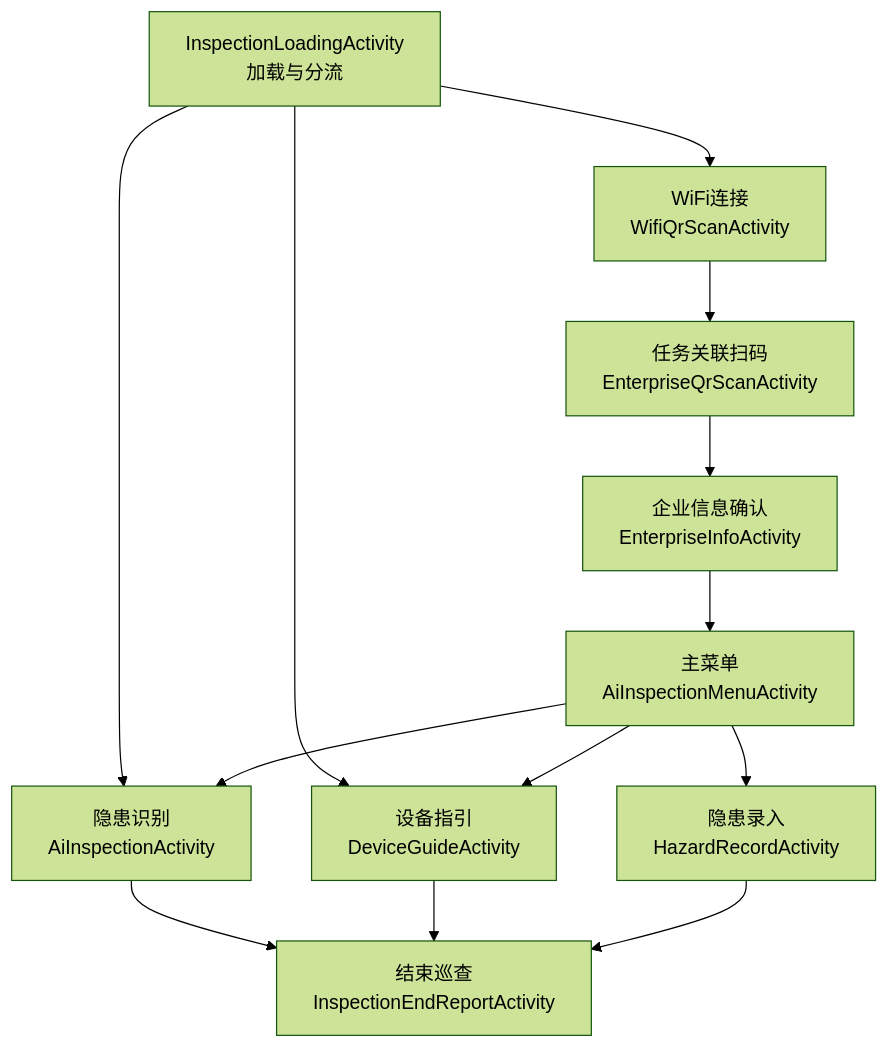
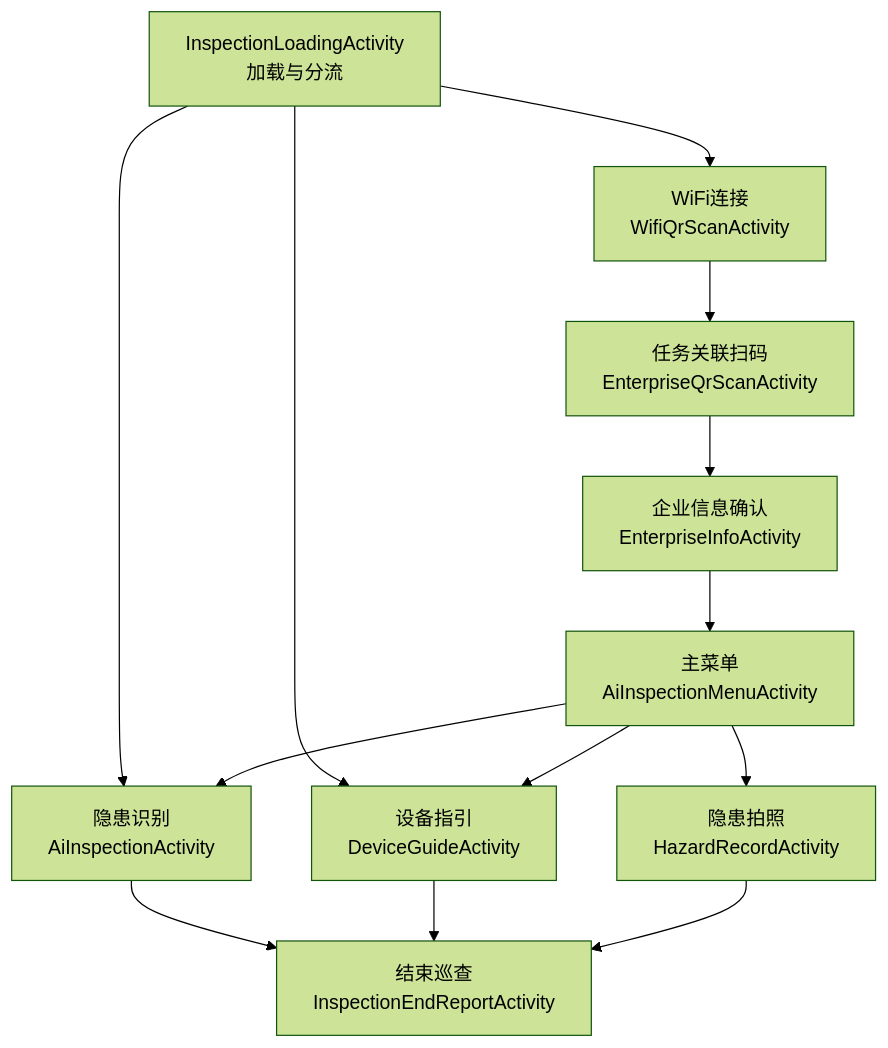
The diagram in docs/总体旅程图/总体旅程图.md (WuChaoli/HiddenRiskGlass), drawn with Mermaid (forest theme) before and after one commit. The commit also changed other lines of this file and 34 other files, not shown here.

````diff
--- a/docs/总体旅程图/总体旅程图.md
+++ b/docs/总体旅程图/总体旅程图.md
@@ -9,15 +9,15 @@
 ```mermaid
 flowchart TD
     A["InspectionLoadingActivity<br/>加载与分流"] --> B["WiFi连接<br/>WifiQrScanActivity"]
     A --> C["设备指引<br/>DeviceGuideActivity"]
     A --> D["隐患识别<br/>AiInspectionActivity"]
     B --> E["任务关联扫码<br/>EnterpriseQrScanActivity"]
     E --> F["企业信息确认<br/>EnterpriseInfoActivity"]
     F --> G["主菜单<br/>AiInspectionMenuActivity"]
     G --> D
     G --> C
-    G --> H["隐患录入<br/>HazardRecordActivity"]
+    G --> H["隐患拍照<br/>HazardRecordActivity"]
     D --> I["结束巡查<br/>InspectionEndReportActivity"]
     C --> I
     H --> I
 ```
````
